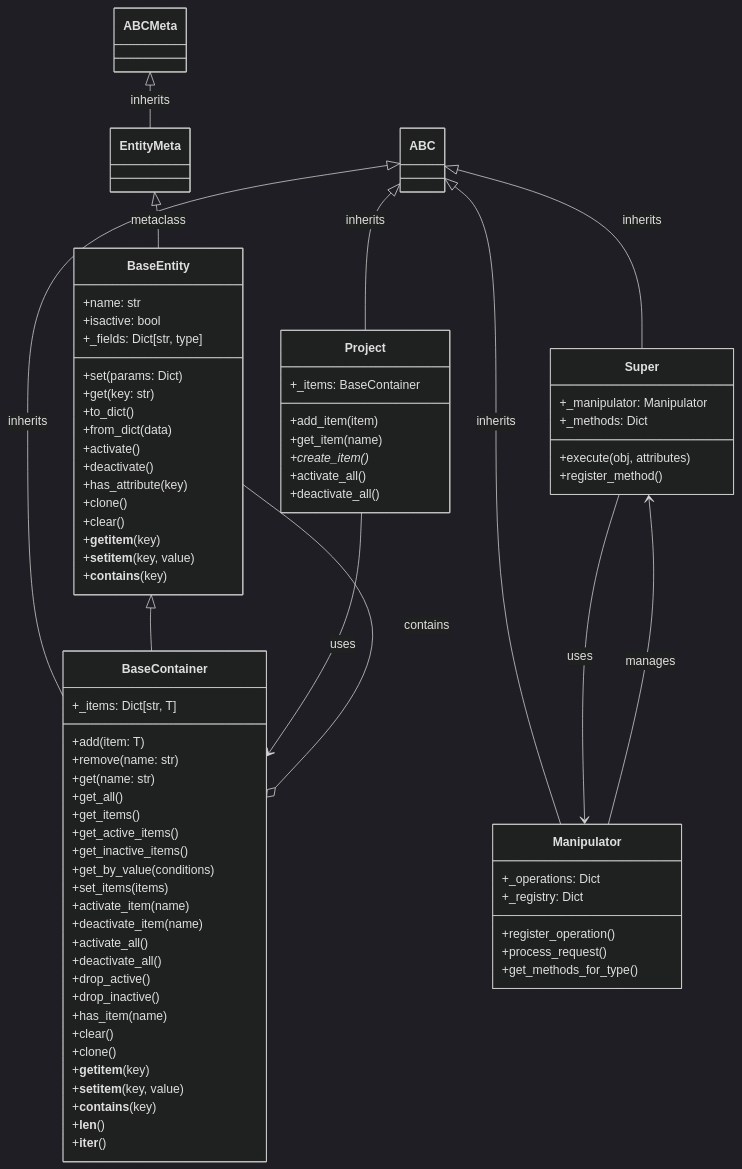
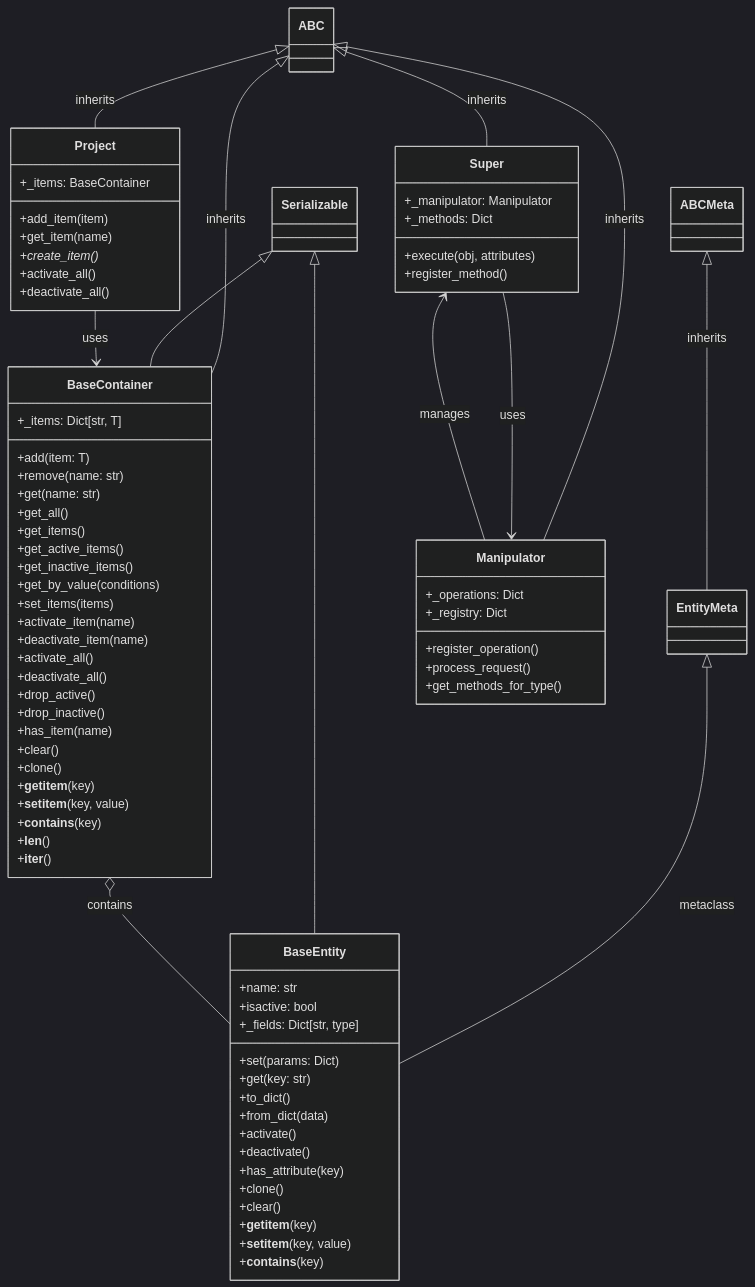
One commit to Torward1024/MSB changed the second of 12 diagrams in docs/diagrams.md. Above: the diagram before and after it, drawn with Mermaid (dark theme). The commit also changed 8 other files, not shown here.

```diff
--- a/docs/diagrams.md
+++ b/docs/diagrams.md
@@ -68,7 +68,8 @@
      ABC <|-- Manipulator : inherits
 
     %% Base Layer
-    BaseEntity <|-- BaseContainer
+    Serializable <|-- BaseEntity
+    Serializable <|-- BaseContainer
 
     class BaseEntity {
         +name: str
```
